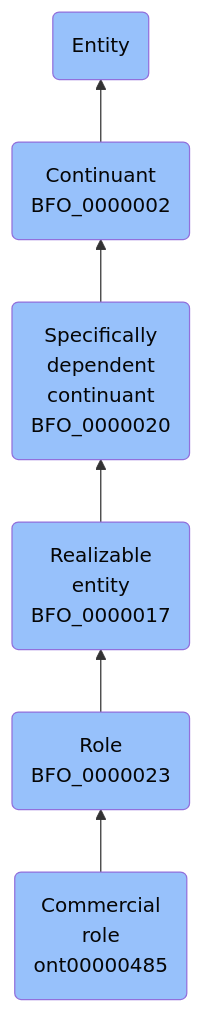
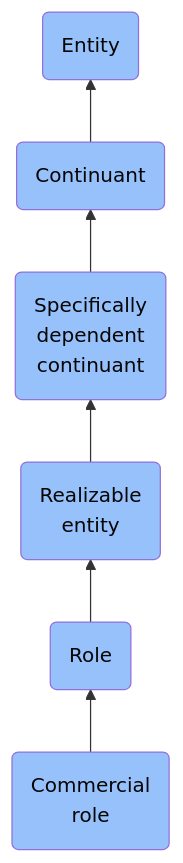
One commit to jupyter-naas/abi changed the diagram in docs/ontology/reference/model/Entity/Continuant/Specifically dependent continuant/Realizable entity/Role/Commercial role/Commercial role.md. Above: the diagram before and after it, drawn with Mermaid. The commit also changed other lines of this file and 1430 other files, not shown here.

````diff
--- a/docs/ontology/reference/model/Entity/Continuant/Specifically dependent continuant/Realizable entity/Role/Commercial role/Commercial role.md
+++ b/docs/ontology/reference/model/Entity/Continuant/Specifically dependent continuant/Realizable entity/Role/Commercial role/Commercial role.md
@@ -24,13 +24,13 @@
 ```mermaid
 graph BT
-    ont00000485(Commercial<br>role<br>ont00000485):::BFO-->BFO_0000023
-    BFO_0000023(Role<br>BFO_0000023):::BFO-->BFO_0000017
-    BFO_0000017(Realizable<br>entity<br>BFO_0000017):::BFO-->BFO_0000020
-    BFO_0000020(Specifically<br>dependent<br>continuant<br>BFO_0000020):::BFO-->BFO_0000002
-    BFO_0000002(Continuant<br>BFO_0000002):::BFO-->BFO_0000001
+    ont00000485(Commercial<br>role):::BFO-->BFO_0000023
+    BFO_0000023(Role):::BFO-->BFO_0000017
+    BFO_0000017(Realizable<br>entity):::BFO-->BFO_0000020
+    BFO_0000020(Specifically<br>dependent<br>continuant):::BFO-->BFO_0000002
+    BFO_0000002(Continuant):::BFO-->BFO_0000001
     BFO_0000001(Entity):::BFO
     
     classDef BFO fill:#97c1fb,color:#060606
     classDef CCO fill:#e4c51e,color:#060606
     classDef ABI fill:#48DD82,color:#060606
 ```
````
